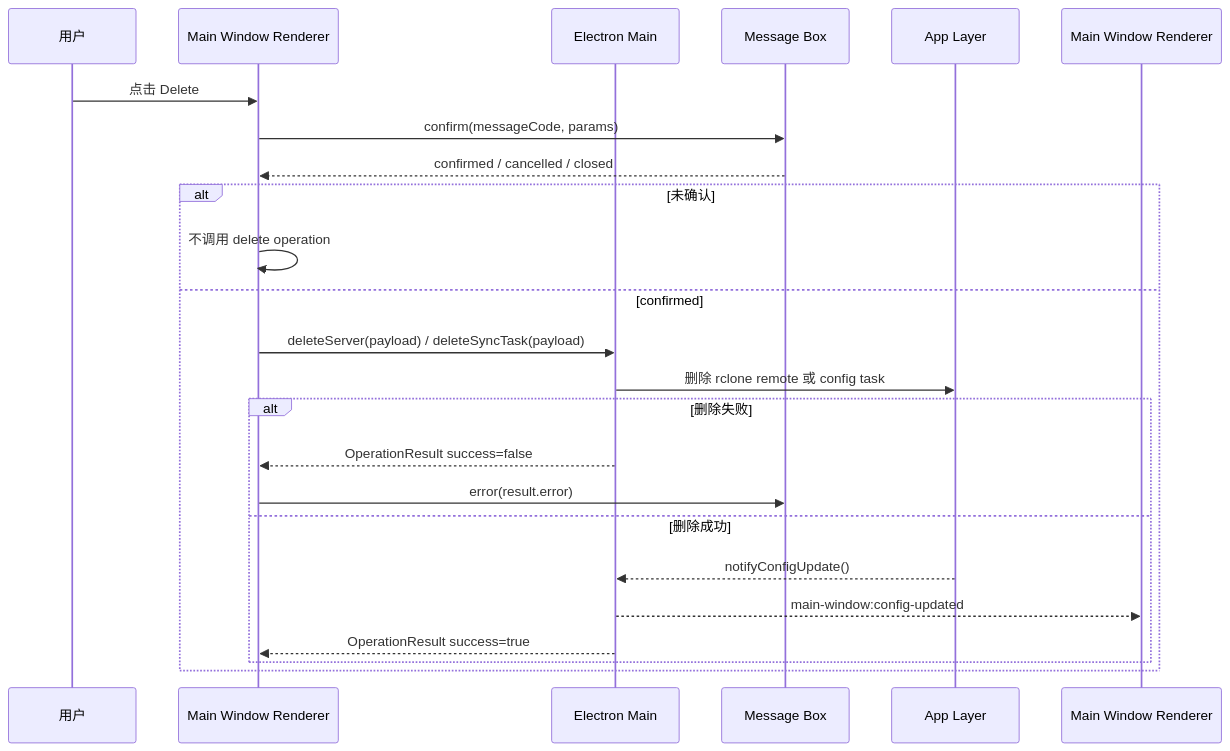
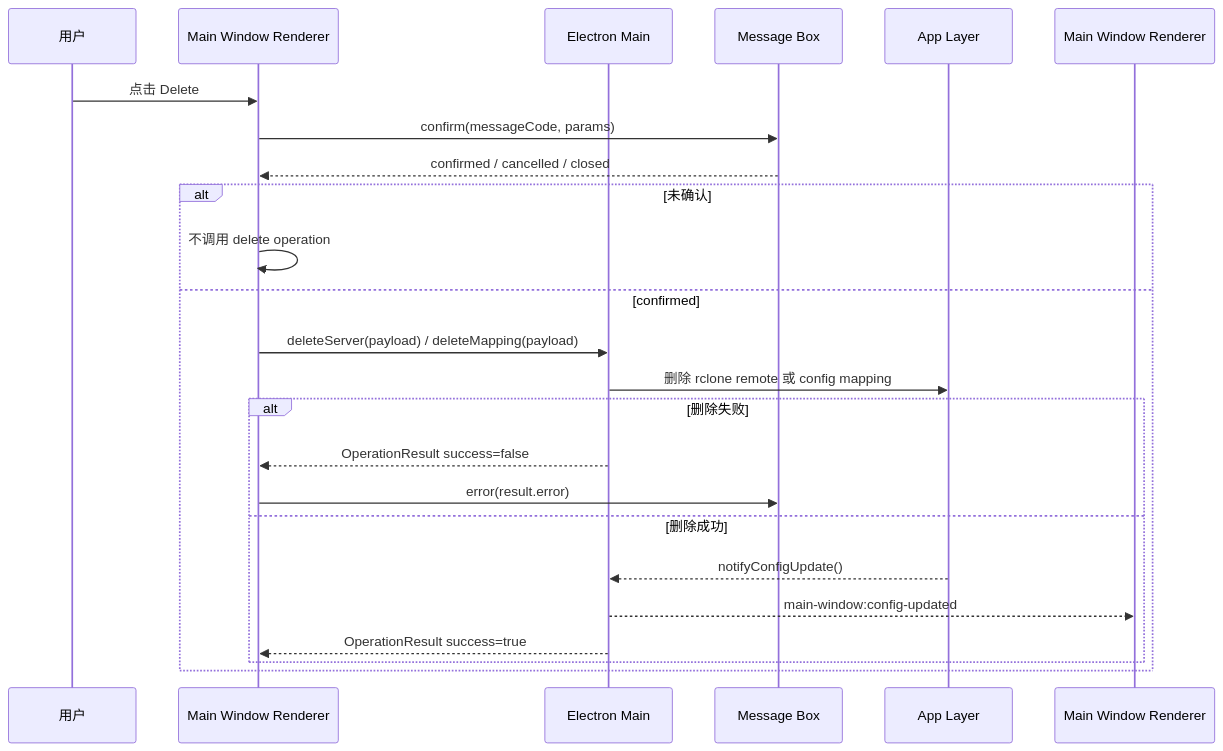
Before and after one commit to agalloch21/sync-with-rclone: diagram 15 of 15 in docs/Flows.md, drawn with Mermaid. The commit also changed other lines of this file and 68 other files, not shown here.

Commit message:
rename syncTask to mapping

````diff
--- a/docs/Flows.md
+++ b/docs/Flows.md
@@ -500,27 +500,27 @@
 ```mermaid
 sequenceDiagram
   participant U as 用户
   participant R as Main Window Renderer
   participant EM as Electron Main
   participant MB as Message Box
   participant APP as App Layer
   participant MW as Main Window Renderer
 
   U->>R: 点击 Delete
   R->>MB: confirm(messageCode, params)
   MB-->>R: confirmed / cancelled / closed
   alt 未确认
     R->>R: 不调用 delete operation
   else confirmed
-    R->>EM: deleteServer(payload) / deleteSyncTask(payload)
-    EM->>APP: 删除 rclone remote 或 config task
+    R->>EM: deleteServer(payload) / deleteMapping(payload)
+    EM->>APP: 删除 rclone remote 或 config mapping
     alt 删除失败
       EM-->>R: OperationResult success=false
       R->>MB: error(result.error)
     else 删除成功
       APP-->>EM: notifyConfigUpdate()
       EM-->>MW: main-window:config-updated
       EM-->>R: OperationResult success=true
     end
   end
 ```
````
